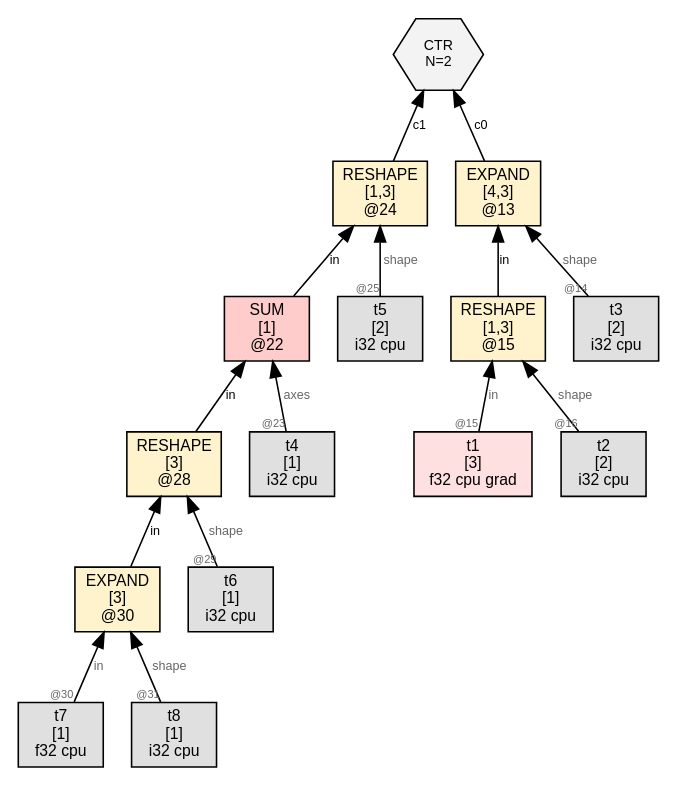
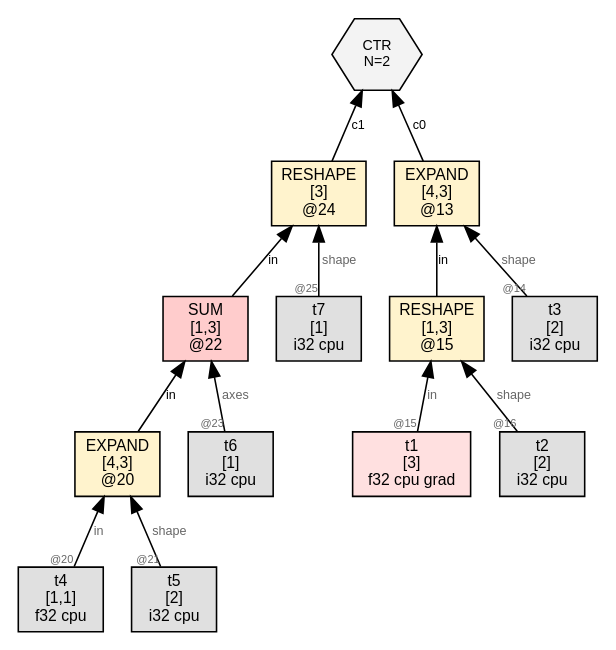
The diagram in wl/examples/thvm_graphs/grad_rules/gradu_expand/thvm_1_post_reduce.dot (sw1sh/TinyHVM), drawn with Graphviz before and after one commit. The commit also changed 19 other files, not shown here.

First line of the commit message:
grad: EXPAND rule direct-emit — 105/105 e2e pass CPU+Metal

```diff
--- a/wl/examples/thvm_graphs/grad_rules/gradu_expand/thvm_1_post_reduce.dot
+++ b/wl/examples/thvm_graphs/grad_rules/gradu_expand/thvm_1_post_reduce.dot
@@ -1,35 +1,31 @@
 digraph G {
   rankdir=BT;
   node [fontname="Helvetica", fontsize=10, style=filled, shape=box, margin="0.1,0.05"];
   edge [fontsize=8, fontname="Helvetica"];
 
   n13 [label="EXPAND\n[4,3]\n@13", shape=box, fillcolor="#fff3cd"];
   n15 -> n13 [label="in"];
   t3 [label="t3\n[2]\ni32 cpu",shape=box,fillcolor="#e0e0e0"];
   t3 -> n13 [label="shape",taillabel="@14",labelfontsize=7,fontcolor="#666666"];
-  n24 [label="RESHAPE\n[1,3]\n@24", shape=box, fillcolor="#fff3cd"];
+  n24 [label="RESHAPE\n[3]\n@24", shape=box, fillcolor="#fff3cd"];
   n22 -> n24 [label="in"];
-  t5 [label="t5\n[2]\ni32 cpu",shape=box,fillcolor="#e0e0e0"];
-  t5 -> n24 [label="shape",taillabel="@25",labelfontsize=7,fontcolor="#666666"];
+  t7 [label="t7\n[1]\ni32 cpu",shape=box,fillcolor="#e0e0e0"];
+  t7 -> n24 [label="shape",taillabel="@25",labelfontsize=7,fontcolor="#666666"];
   n15 [label="RESHAPE\n[1,3]\n@15", shape=box, fillcolor="#fff3cd"];
   t1 [label="t1\n[3]\nf32 cpu grad",shape=box,fillcolor="#ffe0e0"];
   t1 -> n15 [label="in",taillabel="@15",labelfontsize=7,fontcolor="#666666"];
   t2 [label="t2\n[2]\ni32 cpu",shape=box,fillcolor="#e0e0e0"];
   t2 -> n15 [label="shape",taillabel="@16",labelfontsize=7,fontcolor="#666666"];
   ctr10 [label="CTR\nN=2", shape=hexagon, fillcolor="#f3f3f3", fontsize=9];
   n13 -> ctr10 [label="c0"];
   n24 -> ctr10 [label="c1"];
-  n28 [label="RESHAPE\n[3]\n@28", shape=box, fillcolor="#fff3cd"];
-  n30 -> n28 [label="in"];
+  n20 [label="EXPAND\n[4,3]\n@20", shape=box, fillcolor="#fff3cd"];
+  t4 [label="t4\n[1,1]\nf32 cpu",shape=box,fillcolor="#e0e0e0"];
+  t4 -> n20 [label="in",taillabel="@20",labelfontsize=7,fontcolor="#666666"];
+  t5 [label="t5\n[2]\ni32 cpu",shape=box,fillcolor="#e0e0e0"];
+  t5 -> n20 [label="shape",taillabel="@21",labelfontsize=7,fontcolor="#666666"];
+  n22 [label="SUM\n[1,3]\n@22", shape=box, fillcolor="#ffcccc"];
+  n20 -> n22 [label="in"];
   t6 [label="t6\n[1]\ni32 cpu",shape=box,fillcolor="#e0e0e0"];
-  t6 -> n28 [label="shape",taillabel="@29",labelfontsize=7,fontcolor="#666666"];
-  n22 [label="SUM\n[1]\n@22", shape=box, fillcolor="#ffcccc"];
-  n28 -> n22 [label="in"];
-  t4 [label="t4\n[1]\ni32 cpu",shape=box,fillcolor="#e0e0e0"];
-  t4 -> n22 [label="axes",taillabel="@23",labelfontsize=7,fontcolor="#666666"];
-  n30 [label="EXPAND\n[3]\n@30", shape=box, fillcolor="#fff3cd"];
-  t7 [label="t7\n[1]\nf32 cpu",shape=box,fillcolor="#e0e0e0"];
-  t7 -> n30 [label="in",taillabel="@30",labelfontsize=7,fontcolor="#666666"];
-  t8 [label="t8\n[1]\ni32 cpu",shape=box,fillcolor="#e0e0e0"];
-  t8 -> n30 [label="shape",taillabel="@31",labelfontsize=7,fontcolor="#666666"];
+  t6 -> n22 [label="axes",taillabel="@23",labelfontsize=7,fontcolor="#666666"];
 }
```
